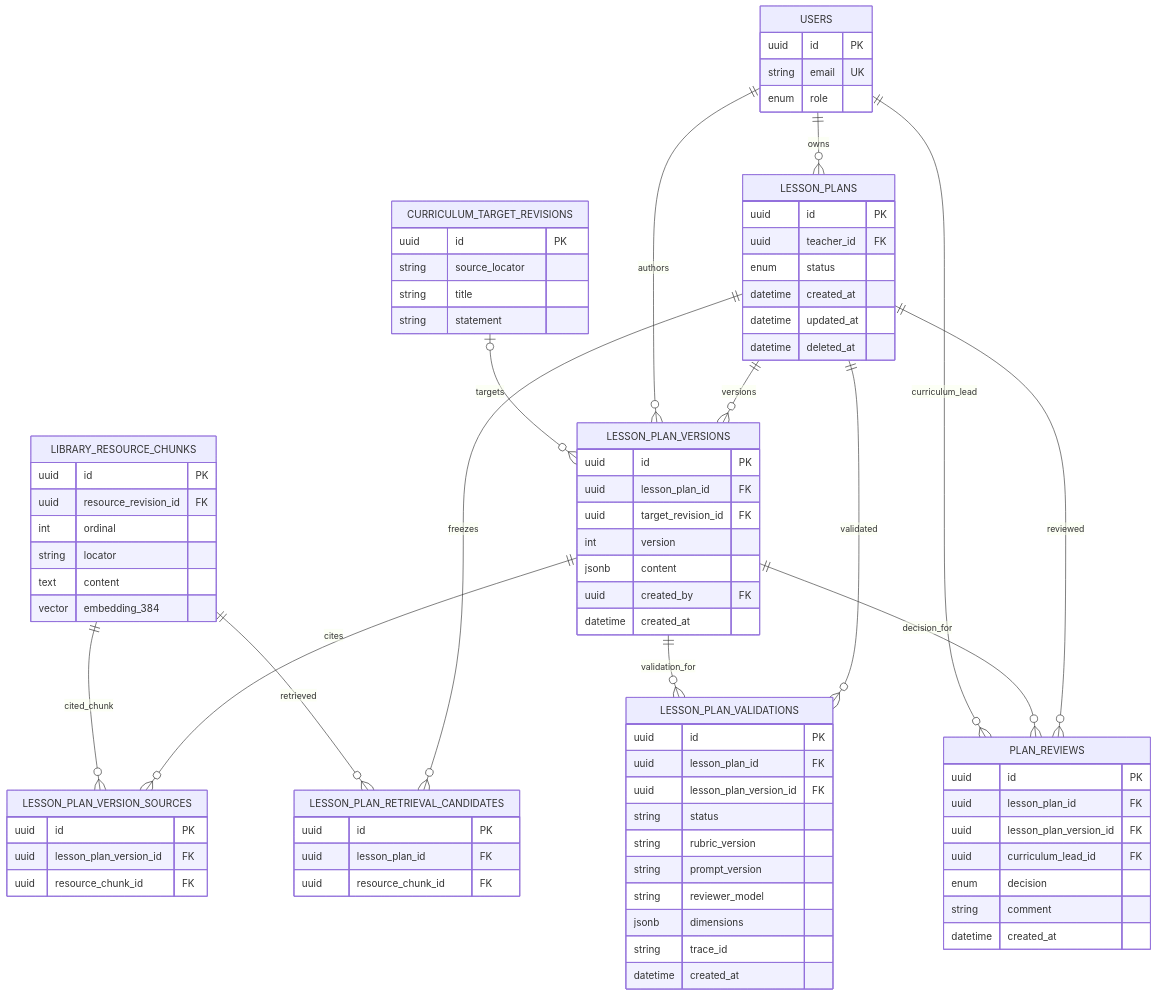
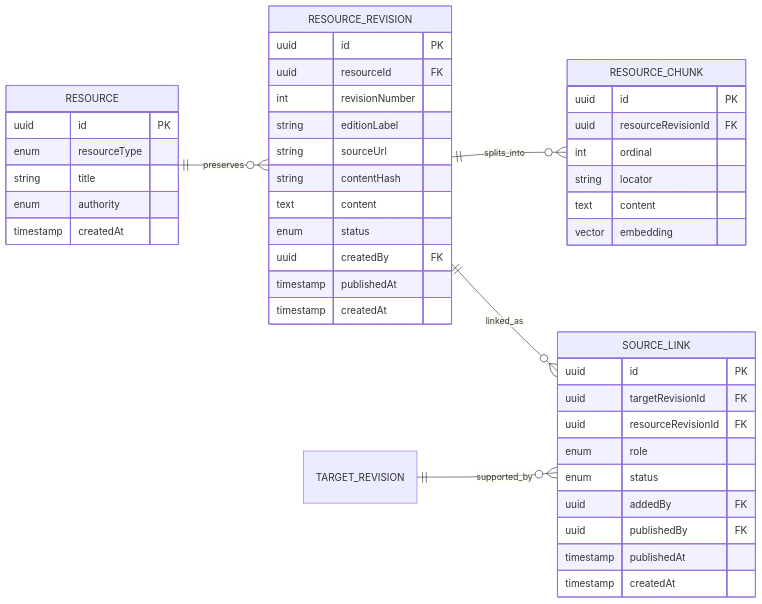
Before and after one commit to steekam/nova-takehome: the third of 4 diagrams in docs/domain-model.md, drawn with Mermaid. The commit also changed other lines of this file and 43 other files, not shown here.

````diff
--- a/docs/domain-model.md
+++ b/docs/domain-model.md
@@ -251,84 +123,48 @@
 ```mermaid
 erDiagram
-  USERS {
+  direction LR
+  RESOURCE ||--o{ RESOURCE_REVISION : preserves
+  RESOURCE_REVISION ||--o{ RESOURCE_CHUNK : splits_into
+  TARGET_REVISION ||--o{ SOURCE_LINK : supported_by
+  RESOURCE_REVISION ||--o{ SOURCE_LINK : linked_as
+
+  RESOURCE {
     uuid id PK
-    string email UK
-    enum role
+    enum resourceType
+    string title
+    enum authority
+    timestamp createdAt
   }
-  CURRICULUM_TARGET_REVISIONS {
+  RESOURCE_REVISION {
     uuid id PK
-    string source_locator
-    string title
-    string statement
+    uuid resourceId FK
+    int revisionNumber
+    string editionLabel
+    string sourceUrl
+    string contentHash
+    text content
+    enum status
+    uuid createdBy FK
+    timestamp publishedAt
+    timestamp createdAt
   }
-  LIBRARY_RESOURCE_CHUNKS {
+  RESOURCE_CHUNK {
     uuid id PK
-    uuid resource_revision_id FK
+    uuid resourceRevisionId FK
     int ordinal
     string locator
     text content
-    vector embedding_384
+    vector embedding
   }
-  LESSON_PLANS {
+  SOURCE_LINK {
     uuid id PK
-    uuid teacher_id FK
+    uuid targetRevisionId FK
+    uuid resourceRevisionId FK
+    enum role
     enum status
-    datetime created_at
-    datetime updated_at
-    datetime deleted_at
+    uuid addedBy FK
+    uuid publishedBy FK
+    timestamp publishedAt
+    timestamp createdAt
   }
-  LESSON_PLAN_VERSIONS {
-    uuid id PK
-    uuid lesson_plan_id FK
-    uuid target_revision_id FK
-    int version
-    jsonb content
-    uuid created_by FK
-    datetime created_at
-  }
-  LESSON_PLAN_RETRIEVAL_CANDIDATES {
-    uuid id PK
-    uuid lesson_plan_id FK
-    uuid resource_chunk_id FK
-  }
-  LESSON_PLAN_VERSION_SOURCES {
-    uuid id PK
-    uuid lesson_plan_version_id FK
-    uuid resource_chunk_id FK
-  }
-  PLAN_REVIEWS {
-    uuid id PK
-    uuid lesson_plan_id FK
-    uuid lesson_plan_version_id FK
-    uuid curriculum_lead_id FK
-    enum decision
-    string comment
-    datetime created_at
-  }
-  LESSON_PLAN_VALIDATIONS {
-    uuid id PK
-    uuid lesson_plan_id FK
-    uuid lesson_plan_version_id FK
-    string status
-    string rubric_version
-    string prompt_version
-    string reviewer_model
-    jsonb dimensions
-    string trace_id
-    datetime created_at
-  }
-
-  USERS ||--o{ LESSON_PLANS : owns
-  LESSON_PLANS ||--o{ LESSON_PLAN_VERSIONS : versions
-  USERS ||--o{ LESSON_PLAN_VERSIONS : authors
-  CURRICULUM_TARGET_REVISIONS o|--o{ LESSON_PLAN_VERSIONS : targets
-  LESSON_PLANS ||--o{ LESSON_PLAN_RETRIEVAL_CANDIDATES : freezes
-  LIBRARY_RESOURCE_CHUNKS ||--o{ LESSON_PLAN_RETRIEVAL_CANDIDATES : retrieved
-  LESSON_PLAN_VERSIONS ||--o{ LESSON_PLAN_VERSION_SOURCES : cites
-  LIBRARY_RESOURCE_CHUNKS ||--o{ LESSON_PLAN_VERSION_SOURCES : cited_chunk
-  LESSON_PLANS ||--o{ PLAN_REVIEWS : reviewed
-  LESSON_PLAN_VERSIONS ||--o{ PLAN_REVIEWS : decision_for
-  USERS ||--o{ PLAN_REVIEWS : curriculum_lead
-  LESSON_PLANS ||--o{ LESSON_PLAN_VALIDATIONS : validated
-  LESSON_PLAN_VERSIONS ||--o{ LESSON_PLAN_VALIDATIONS : validation_for
 ```
````
